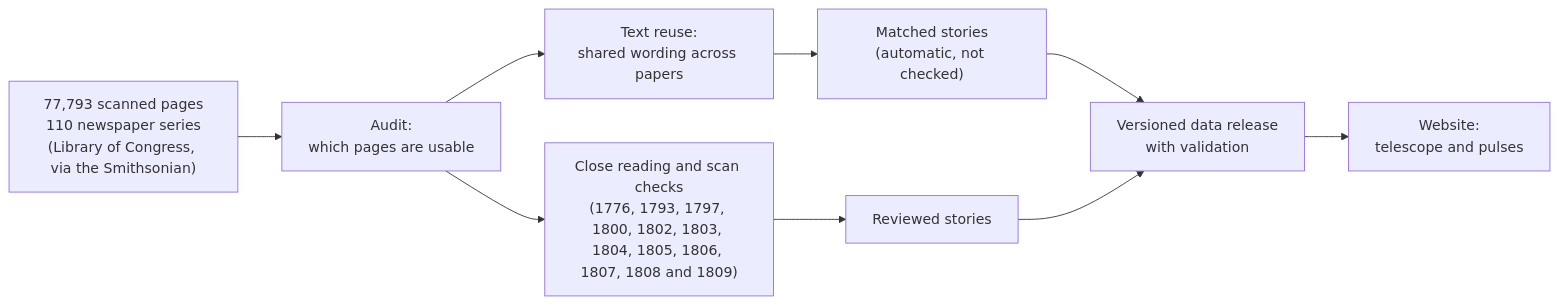
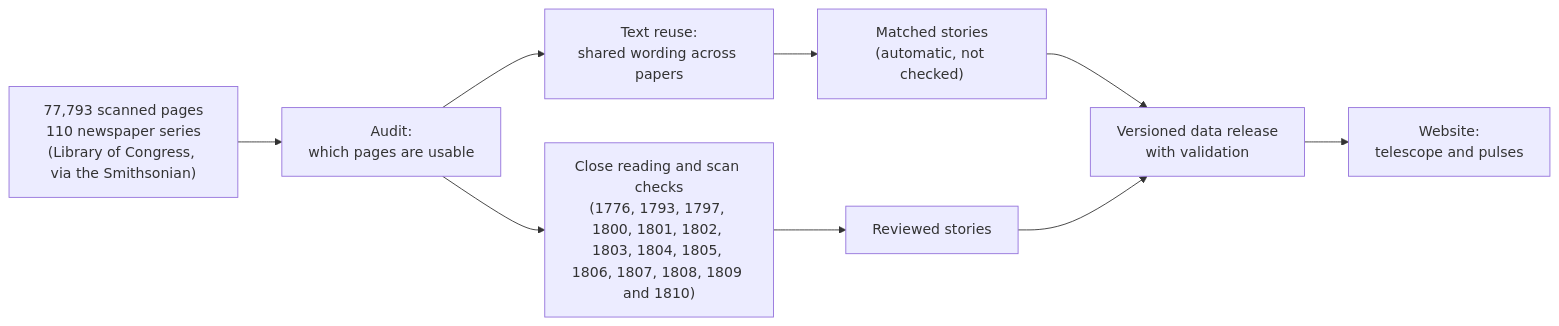
Before and after one commit to Major-Studio-1/Project-02-newspaper-night-sky: the diagram in README.md, drawn with Mermaid. The commit also changed other lines of this file and 466 other files, not shown here.

````diff
--- a/README.md
+++ b/README.md
@@ -39,10 +39,10 @@
 ```mermaid
 flowchart LR
   A["77,793 scanned pages<br/>110 newspaper series<br/>(Library of Congress, via the Smithsonian)"] --> B["Audit:<br/>which pages are usable"]
   B --> C["Text reuse:<br/>shared wording across papers"]
   C --> D["Matched stories<br/>(automatic, not checked)"]
-  B --> E["Close reading and scan checks<br/>(1776, 1793, 1797, 1800, 1802, 1803, 1804, 1805, 1806, 1807, 1808 and 1809)"]
+  B --> E["Close reading and scan checks<br/>(1776, 1793, 1797, 1800, 1801, 1802, 1803, 1804, 1805, 1806, 1807, 1808, 1809 and 1810)"]
   E --> F["Reviewed stories"]
   D & F --> G["Versioned data release<br/>with validation"]
   G --> H["Website:<br/>telescope and pulses"]
 ```
````
